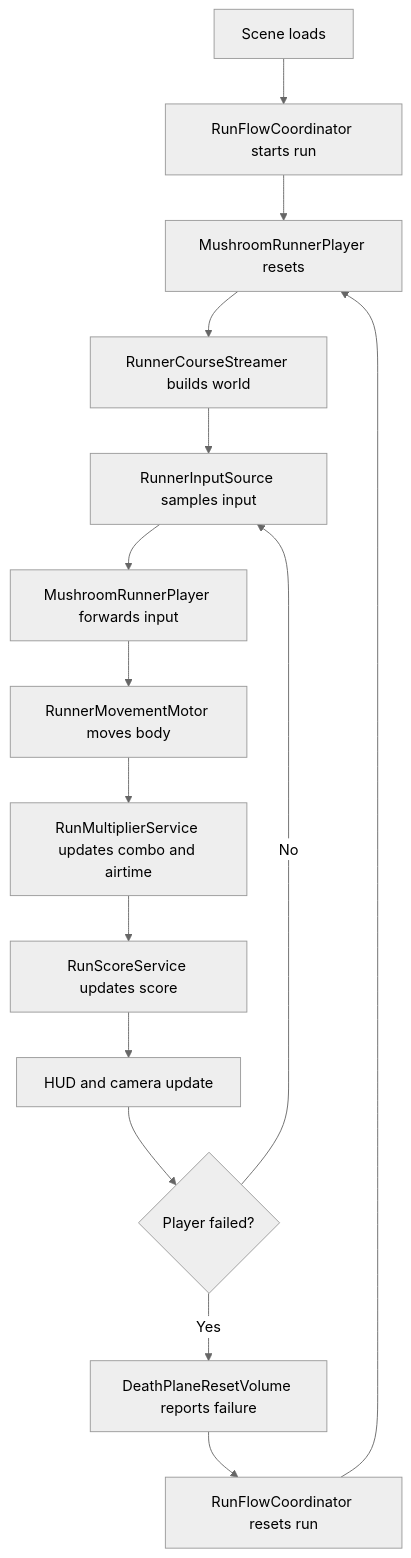
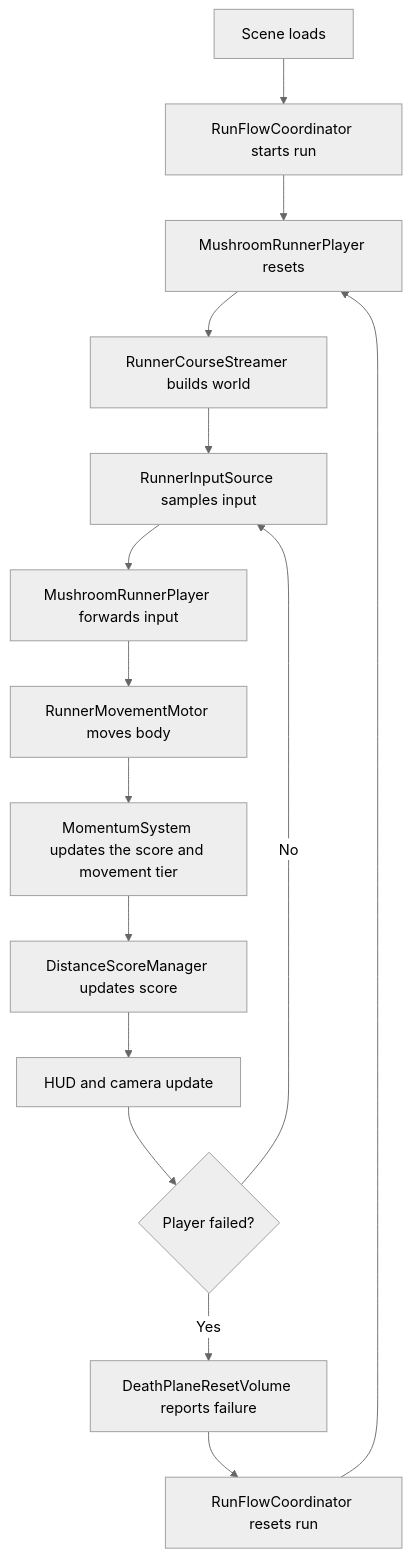
Before and after one commit to YousefTahaFrexicknexus/FunGuy: the second of 2 diagrams in Docs/MushroomRunner-Overview.md, drawn with Mermaid (neutral theme). The commit also changed other lines of this file and 30 other files, not shown here.

````diff
--- a/Docs/MushroomRunner-Overview.md
+++ b/Docs/MushroomRunner-Overview.md
@@ -64,17 +65,17 @@
 ```mermaid
 flowchart TD
     A[Scene loads] --> B[RunFlowCoordinator starts run]
     B --> C[MushroomRunnerPlayer resets]
     C --> D[RunnerCourseStreamer builds world]
     D --> E[RunnerInputSource samples input]
     E --> F[MushroomRunnerPlayer forwards input]
     F --> G[RunnerMovementMotor moves body]
-    G --> H[RunMultiplierService updates combo and airtime]
-    H --> I[RunScoreService updates score]
+    G --> H[MomentumSystem updates the score and movement tier]
+    H --> I[DistanceScoreManager updates score]
     I --> J[HUD and camera update]
     J --> K{Player failed?}
     K -- No --> E
     K -- Yes --> L[DeathPlaneResetVolume reports failure]
     L --> M[RunFlowCoordinator resets run]
     M --> C
 ```
````
